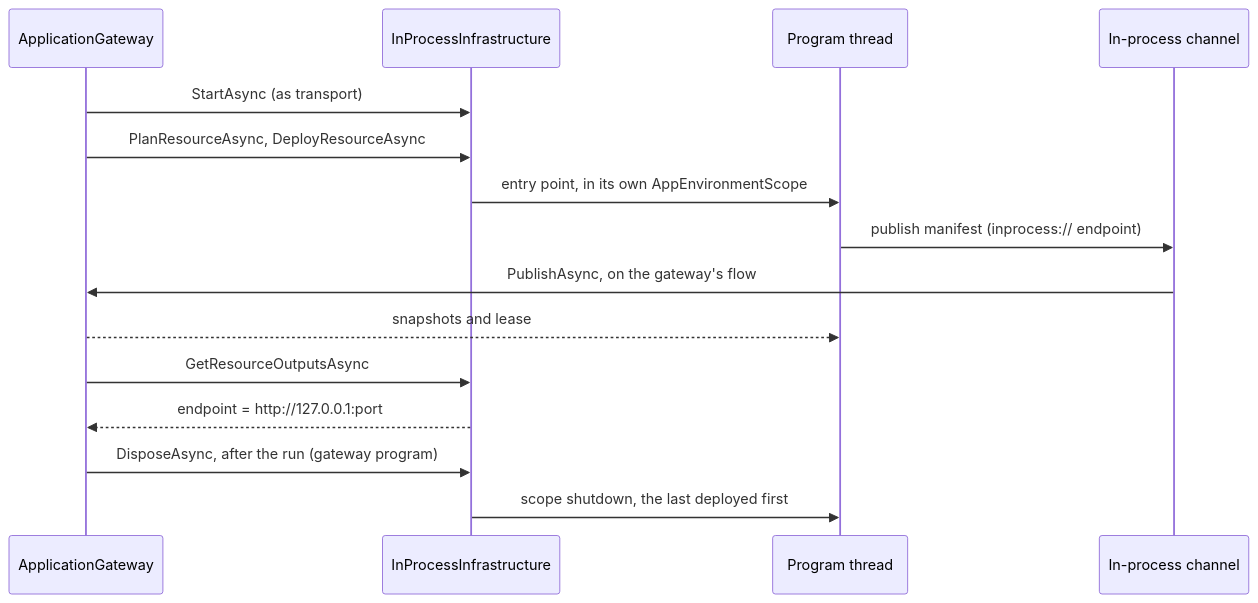
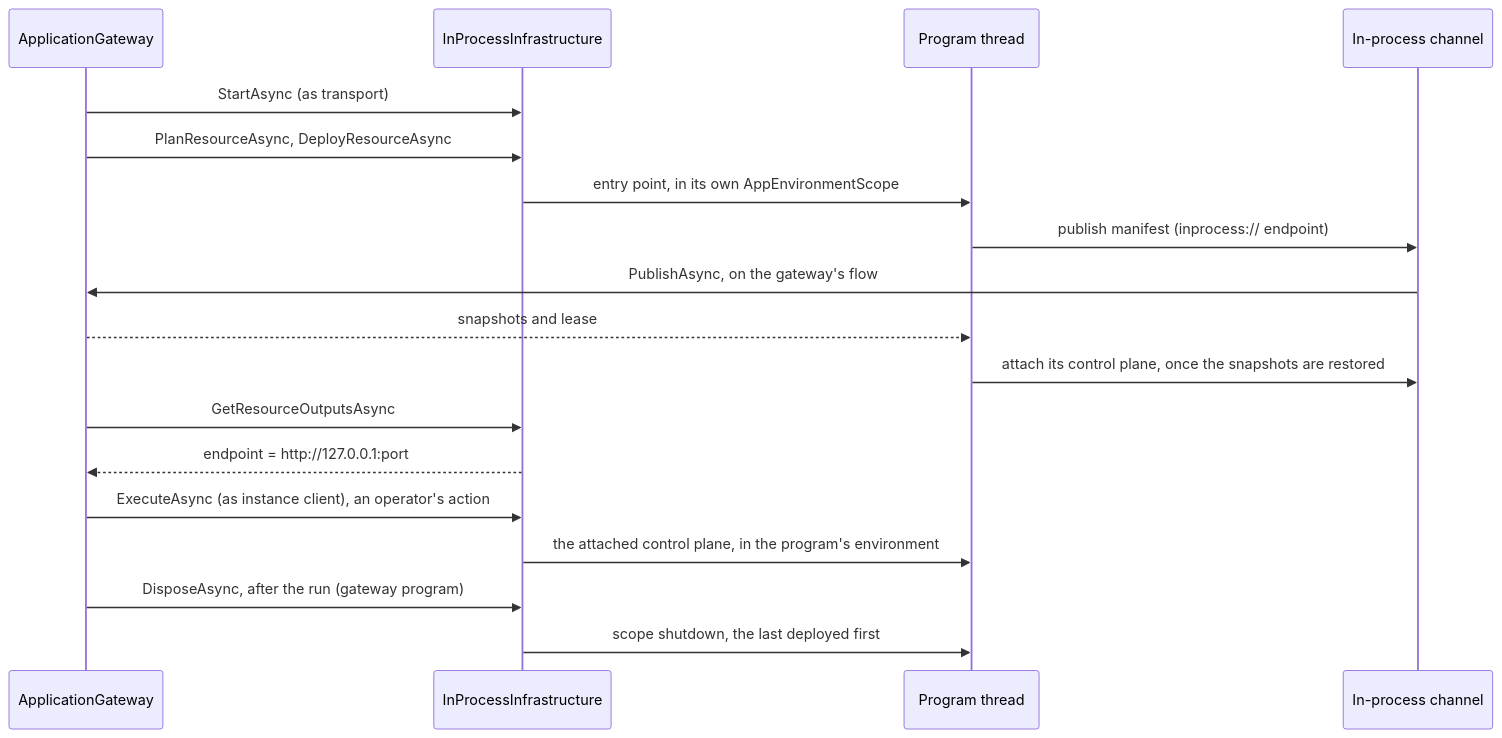
One commit to assimalign/cohesion changed the diagram in libraries/ApplicationModel/Assimalign.Cohesion.ApplicationModel.Gateway.InProcess/docs/DESIGN.md. Above: the diagram before and after it, drawn with Mermaid. The commit also changed other lines of this file and 126 other files, not shown here.

````diff
--- a/libraries/ApplicationModel/Assimalign.Cohesion.ApplicationModel.Gateway.InProcess/docs/DESIGN.md
+++ b/libraries/ApplicationModel/Assimalign.Cohesion.ApplicationModel.Gateway.InProcess/docs/DESIGN.md
@@ -27,17 +32,20 @@
 ```mermaid
 sequenceDiagram
     participant Gateway as ApplicationGateway
     participant Infra as InProcessInfrastructure
     participant Program as Program thread
     participant Channel as In-process channel
     Gateway->>Infra: StartAsync (as transport)
     Gateway->>Infra: PlanResourceAsync, DeployResourceAsync
     Infra->>Program: entry point, in its own AppEnvironmentScope
     Program->>Channel: publish manifest (inprocess:// endpoint)
     Channel->>Gateway: PublishAsync, on the gateway's flow
     Gateway-->>Program: snapshots and lease
+    Program->>Channel: attach its control plane, once the snapshots are restored
     Gateway->>Infra: GetResourceOutputsAsync
     Infra-->>Gateway: endpoint = http://127.0.0.1:port
+    Gateway->>Infra: ExecuteAsync (as instance client), an operator's action
+    Infra->>Program: the attached control plane, in the program's environment
     Gateway->>Infra: DisposeAsync, after the run (gateway program)
     Infra->>Program: scope shutdown, the last deployed first
 ```
````
